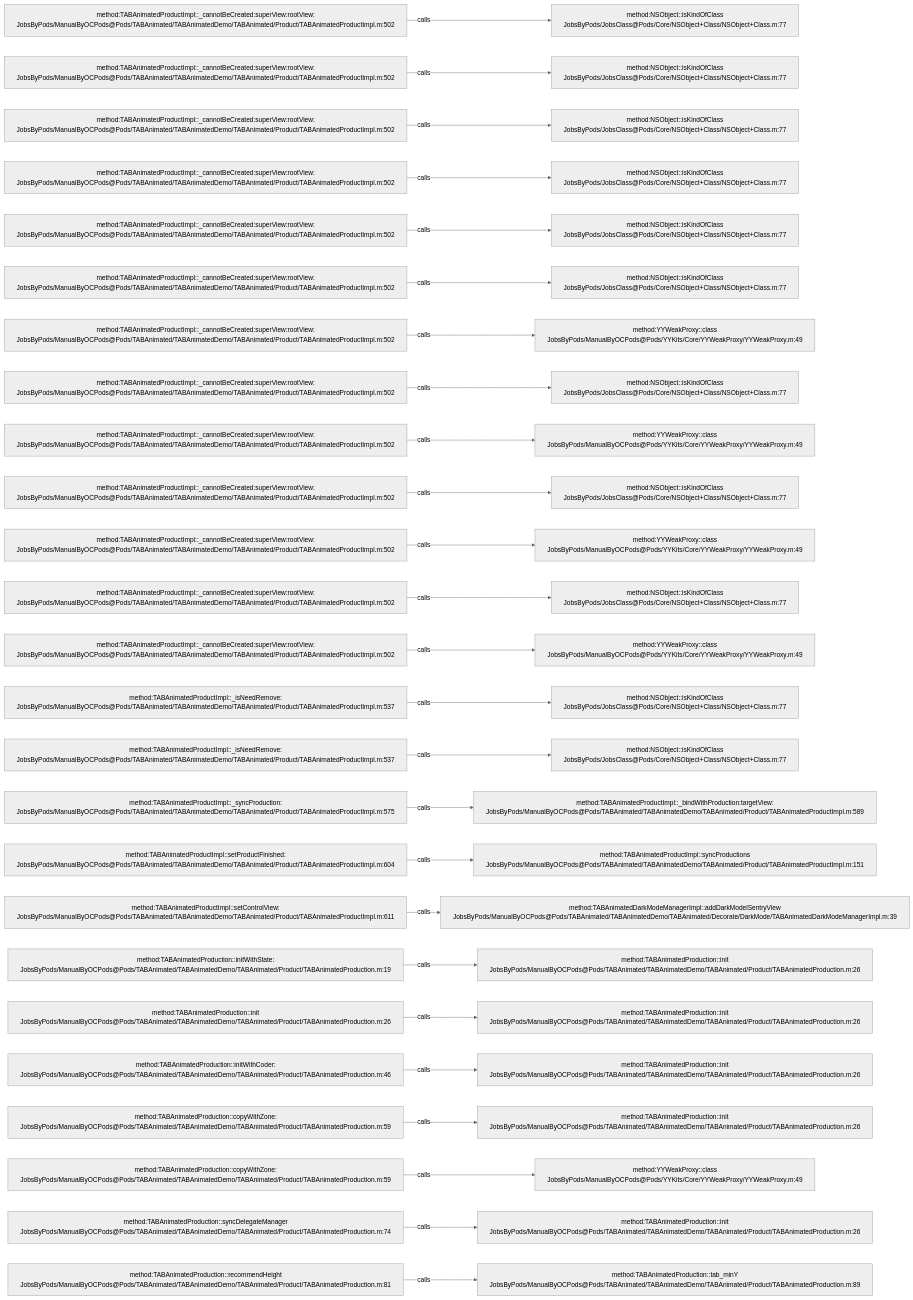
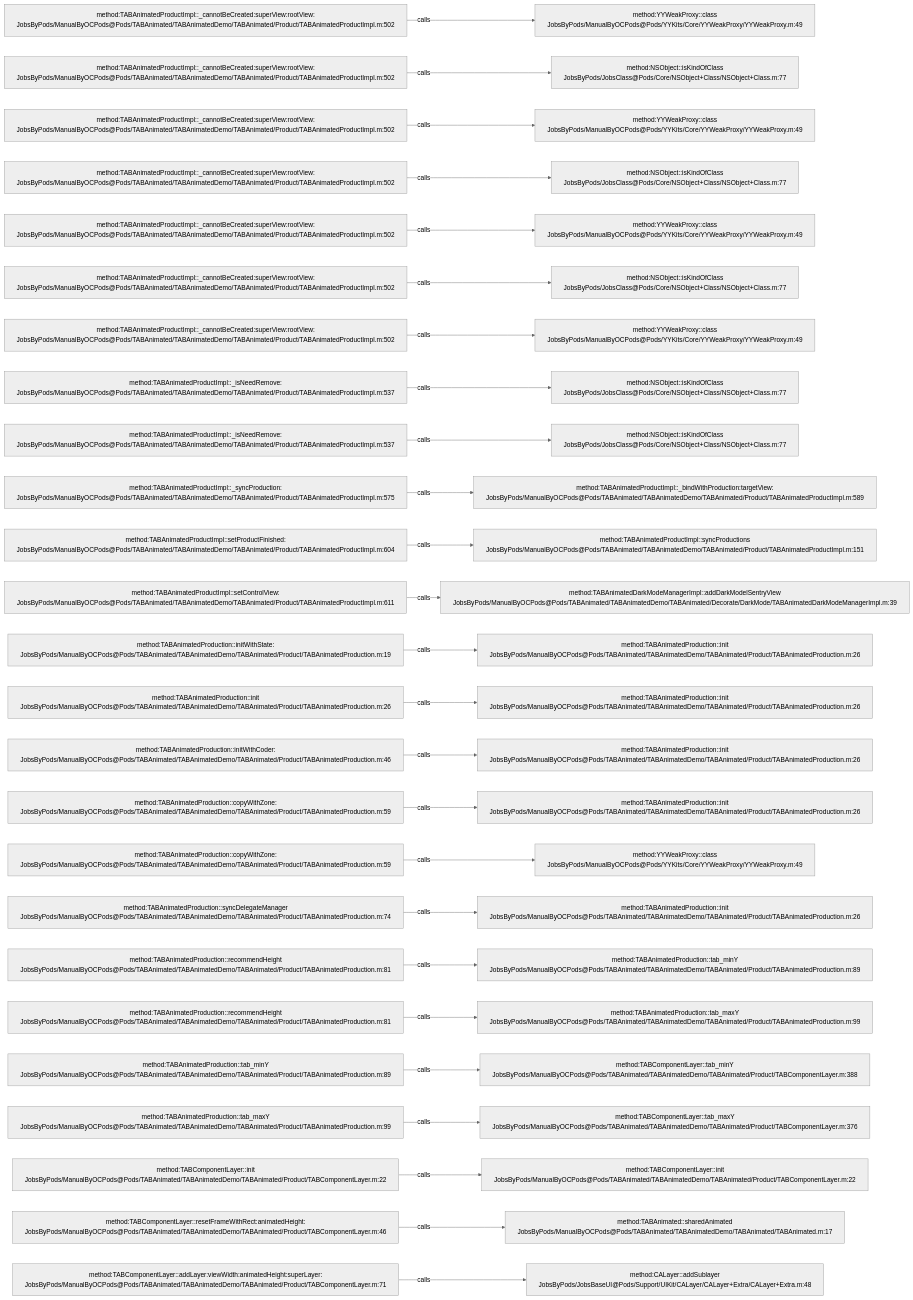
Before and after one commit to JobsKits/JobsOCBaseConfigDemo: the diagram in .codegraph/codegraph.md/graphs/calls-029.md, drawn with Mermaid (neutral theme). The commit also changed 666 other files, not shown here.

````diff
--- a/.codegraph/codegraph.md/graphs/calls-029.md
+++ b/.codegraph/codegraph.md/graphs/calls-029.md
@@ -13,78 +13,78 @@
 ```mermaid
 flowchart LR
   S1["method:TABAnimatedProductImpl::_cannotBeCreated:superView:rootView:<br/>JobsByPods/ManualByOCPods@Pods/TABAnimated/TABAnimatedDemo/TABAnimated/Product/TABAnimatedProductImpl.m:502"]
-  T1["method:NSObject::isKindOfClass<br/>JobsByPods/JobsClass@Pods/Core/NSObject+Class/NSObject+Class.m:77"]
+  T1["method:YYWeakProxy::class<br/>JobsByPods/ManualByOCPods@Pods/YYKits/Core/YYWeakProxy/YYWeakProxy.m:49"]
   S1 -->|calls| T1
   S2["method:TABAnimatedProductImpl::_cannotBeCreated:superView:rootView:<br/>JobsByPods/ManualByOCPods@Pods/TABAnimated/TABAnimatedDemo/TABAnimated/Product/TABAnimatedProductImpl.m:502"]
   T2["method:NSObject::isKindOfClass<br/>JobsByPods/JobsClass@Pods/Core/NSObject+Class/NSObject+Class.m:77"]
   S2 -->|calls| T2
   S3["method:TABAnimatedProductImpl::_cannotBeCreated:superView:rootView:<br/>JobsByPods/ManualByOCPods@Pods/TABAnimated/TABAnimatedDemo/TABAnimated/Product/TABAnimatedProductImpl.m:502"]
-  T3["method:NSObject::isKindOfClass<br/>JobsByPods/JobsClass@Pods/Core/NSObject+Class/NSObject+Class.m:77"]
+  T3["method:YYWeakProxy::class<br/>JobsByPods/ManualByOCPods@Pods/YYKits/Core/YYWeakProxy/YYWeakProxy.m:49"]
   S3 -->|calls| T3
   S4["method:TABAnimatedProductImpl::_cannotBeCreated:superView:rootView:<br/>JobsByPods/ManualByOCPods@Pods/TABAnimated/TABAnimatedDemo/TABAnimated/Product/TABAnimatedProductImpl.m:502"]
   T4["method:NSObject::isKindOfClass<br/>JobsByPods/JobsClass@Pods/Core/NSObject+Class/NSObject+Class.m:77"]
   S4 -->|calls| T4
   S5["method:TABAnimatedProductImpl::_cannotBeCreated:superView:rootView:<br/>JobsByPods/ManualByOCPods@Pods/TABAnimated/TABAnimatedDemo/TABAnimated/Product/TABAnimatedProductImpl.m:502"]
-  T5["method:NSObject::isKindOfClass<br/>JobsByPods/JobsClass@Pods/Core/NSObject+Class/NSObject+Class.m:77"]
+  T5["method:YYWeakProxy::class<br/>JobsByPods/ManualByOCPods@Pods/YYKits/Core/YYWeakProxy/YYWeakProxy.m:49"]
   S5 -->|calls| T5
   S6["method:TABAnimatedProductImpl::_cannotBeCreated:superView:rootView:<br/>JobsByPods/ManualByOCPods@Pods/TABAnimated/TABAnimatedDemo/TABAnimated/Product/TABAnimatedProductImpl.m:502"]
   T6["method:NSObject::isKindOfClass<br/>JobsByPods/JobsClass@Pods/Core/NSObject+Class/NSObject+Class.m:77"]
   S6 -->|calls| T6
   S7["method:TABAnimatedProductImpl::_cannotBeCreated:superView:rootView:<br/>JobsByPods/ManualByOCPods@Pods/TABAnimated/TABAnimatedDemo/TABAnimated/Product/TABAnimatedProductImpl.m:502"]
   T7["method:YYWeakProxy::class<br/>JobsByPods/ManualByOCPods@Pods/YYKits/Core/YYWeakProxy/YYWeakProxy.m:49"]
   S7 -->|calls| T7
-  S8["method:TABAnimatedProductImpl::_cannotBeCreated:superView:rootView:<br/>JobsByPods/ManualByOCPods@Pods/TABAnimated/TABAnimatedDemo/TABAnimated/Product/TABAnimatedProductImpl.m:502"]
+  S8["method:TABAnimatedProductImpl::_isNeedRemove:<br/>JobsByPods/ManualByOCPods@Pods/TABAnimated/TABAnimatedDemo/TABAnimated/Product/TABAnimatedProductImpl.m:537"]
   T8["method:NSObject::isKindOfClass<br/>JobsByPods/JobsClass@Pods/Core/NSObject+Class/NSObject+Class.m:77"]
   S8 -->|calls| T8
-  S9["method:TABAnimatedProductImpl::_cannotBeCreated:superView:rootView:<br/>JobsByPods/ManualByOCPods@Pods/TABAnimated/TABAnimatedDemo/TABAnimated/Product/TABAnimatedProductImpl.m:502"]
-  T9["method:YYWeakProxy::class<br/>JobsByPods/ManualByOCPods@Pods/YYKits/Core/YYWeakProxy/YYWeakProxy.m:49"]
+  S9["method:TABAnimatedProductImpl::_isNeedRemove:<br/>JobsByPods/ManualByOCPods@Pods/TABAnimated/TABAnimatedDemo/TABAnimated/Product/TABAnimatedProductImpl.m:537"]
+  T9["method:NSObject::isKindOfClass<br/>JobsByPods/JobsClass@Pods/Core/NSObject+Class/NSObject+Class.m:77"]
   S9 -->|calls| T9
-  S10["method:TABAnimatedProductImpl::_cannotBeCreated:superView:rootView:<br/>JobsByPods/ManualByOCPods@Pods/TABAnimated/TABAnimatedDemo/TABAnimated/Product/TABAnimatedProductImpl.m:502"]
-  T10["method:NSObject::isKindOfClass<br/>JobsByPods/JobsClass@Pods/Core/NSObject+Class/NSObject+Class.m:77"]
+  S10["method:TABAnimatedProductImpl::_syncProduction:<br/>JobsByPods/ManualByOCPods@Pods/TABAnimated/TABAnimatedDemo/TABAnimated/Product/TABAnimatedProductImpl.m:575"]
+  T10["method:TABAnimatedProductImpl::_bindWithProduction:targetView:<br/>JobsByPods/ManualByOCPods@Pods/TABAnimated/TABAnimatedDemo/TABAnimated/Product/TABAnimatedProductImpl.m:589"]
   S10 -->|calls| T10
-  S11["method:TABAnimatedProductImpl::_cannotBeCreated:superView:rootView:<br/>JobsByPods/ManualByOCPods@Pods/TABAnimated/TABAnimatedDemo/TABAnimated/Product/TABAnimatedProductImpl.m:502"]
-  T11["method:YYWeakProxy::class<br/>JobsByPods/ManualByOCPods@Pods/YYKits/Core/YYWeakProxy/YYWeakProxy.m:49"]
+  S11["method:TABAnimatedProductImpl::setProductFinished:<br/>JobsByPods/ManualByOCPods@Pods/TABAnimated/TABAnimatedDemo/TABAnimated/Product/TABAnimatedProductImpl.m:604"]
+  T11["method:TABAnimatedProductImpl::syncProductions<br/>JobsByPods/ManualByOCPods@Pods/TABAnimated/TABAnimatedDemo/TABAnimated/Product/TABAnimatedProductImpl.m:151"]
   S11 -->|calls| T11
-  S12["method:TABAnimatedProductImpl::_cannotBeCreated:superView:rootView:<br/>JobsByPods/ManualByOCPods@Pods/TABAnimated/TABAnimatedDemo/TABAnimated/Product/TABAnimatedProductImpl.m:502"]
-  T12["method:NSObject::isKindOfClass<br/>JobsByPods/JobsClass@Pods/Core/NSObject+Class/NSObject+Class.m:77"]
+  S12["method:TABAnimatedProductImpl::setControlView:<br/>JobsByPods/ManualByOCPods@Pods/TABAnimated/TABAnimatedDemo/TABAnimated/Product/TABAnimatedProductImpl.m:611"]
+  T12["method:TABAnimatedDarkModeManagerImpl::addDarkModelSentryView<br/>JobsByPods/ManualByOCPods@Pods/TABAnimated/TABAnimatedDemo/TABAnimated/Decorate/DarkMode/TABAnimatedDarkModeManagerImpl.m:39"]
   S12 -->|calls| T12
-  S13["method:TABAnimatedProductImpl::_cannotBeCreated:superView:rootView:<br/>JobsByPods/ManualByOCPods@Pods/TABAnimated/TABAnimatedDemo/TABAnimated/Product/TABAnimatedProductImpl.m:502"]
-  T13["method:YYWeakProxy::class<br/>JobsByPods/ManualByOCPods@Pods/YYKits/Core/YYWeakProxy/YYWeakProxy.m:49"]
+  S13["method:TABAnimatedProduction::initWithState:<br/>JobsByPods/ManualByOCPods@Pods/TABAnimated/TABAnimatedDemo/TABAnimated/Product/TABAnimatedProduction.m:19"]
+  T13["method:TABAnimatedProduction::init<br/>JobsByPods/ManualByOCPods@Pods/TABAnimated/TABAnimatedDemo/TABAnimated/Product/TABAnimatedProduction.m:26"]
   S13 -->|calls| T13
-  S14["method:TABAnimatedProductImpl::_isNeedRemove:<br/>JobsByPods/ManualByOCPods@Pods/TABAnimated/TABAnimatedDemo/TABAnimated/Product/TABAnimatedProductImpl.m:537"]
-  T14["method:NSObject::isKindOfClass<br/>JobsByPods/JobsClass@Pods/Core/NSObject+Class/NSObject+Class.m:77"]
+  S14["method:TABAnimatedProduction::init<br/>JobsByPods/ManualByOCPods@Pods/TABAnimated/TABAnimatedDemo/TABAnimated/Product/TABAnimatedProduction.m:26"]
+  T14["method:TABAnimatedProduction::init<br/>JobsByPods/ManualByOCPods@Pods/TABAnimated/TABAnimatedDemo/TABAnimated/Product/TABAnimatedProduction.m:26"]
   S14 -->|calls| T14
-  S15["method:TABAnimatedProductImpl::_isNeedRemove:<br/>JobsByPods/ManualByOCPods@Pods/TABAnimated/TABAnimatedDemo/TABAnimated/Product/TABAnimatedProductImpl.m:537"]
-  T15["method:NSObject::isKindOfClass<br/>JobsByPods/JobsClass@Pods/Core/NSObject+Class/NSObject+Class.m:77"]
+  S15["method:TABAnimatedProduction::initWithCoder:<br/>JobsByPods/ManualByOCPods@Pods/TABAnimated/TABAnimatedDemo/TABAnimated/Product/TABAnimatedProduction.m:46"]
+  T15["method:TABAnimatedProduction::init<br/>JobsByPods/ManualByOCPods@Pods/TABAnimated/TABAnimatedDemo/TABAnimated/Product/TABAnimatedProduction.m:26"]
   S15 -->|calls| T15
-  S16["method:TABAnimatedProductImpl::_syncProduction:<br/>JobsByPods/ManualByOCPods@Pods/TABAnimated/TABAnimatedDemo/TABAnimated/Product/TABAnimatedProductImpl.m:575"]
-  T16["method:TABAnimatedProductImpl::_bindWithProduction:targetView:<br/>JobsByPods/ManualByOCPods@Pods/TABAnimated/TABAnimatedDemo/TABAnimated/Product/TABAnimatedProductImpl.m:589"]
+  S16["method:TABAnimatedProduction::copyWithZone:<br/>JobsByPods/ManualByOCPods@Pods/TABAnimated/TABAnimatedDemo/TABAnimated/Product/TABAnimatedProduction.m:59"]
+  T16["method:TABAnimatedProduction::init<br/>JobsByPods/ManualByOCPods@Pods/TABAnimated/TABAnimatedDemo/TABAnimated/Product/TABAnimatedProduction.m:26"]
   S16 -->|calls| T16
-  S17["method:TABAnimatedProductImpl::setProductFinished:<br/>JobsByPods/ManualByOCPods@Pods/TABAnimated/TABAnimatedDemo/TABAnimated/Product/TABAnimatedProductImpl.m:604"]
-  T17["method:TABAnimatedProductImpl::syncProductions<br/>JobsByPods/ManualByOCPods@Pods/TABAnimated/TABAnimatedDemo/TABAnimated/Product/TABAnimatedProductImpl.m:151"]
+  S17["method:TABAnimatedProduction::copyWithZone:<br/>JobsByPods/ManualByOCPods@Pods/TABAnimated/TABAnimatedDemo/TABAnimated/Product/TABAnimatedProduction.m:59"]
+  T17["method:YYWeakProxy::class<br/>JobsByPods/ManualByOCPods@Pods/YYKits/Core/YYWeakProxy/YYWeakProxy.m:49"]
   S17 -->|calls| T17
-  S18["method:TABAnimatedProductImpl::setControlView:<br/>JobsByPods/ManualByOCPods@Pods/TABAnimated/TABAnimatedDemo/TABAnimated/Product/TABAnimatedProductImpl.m:611"]
-  T18["method:TABAnimatedDarkModeManagerImpl::addDarkModelSentryView<br/>JobsByPods/ManualByOCPods@Pods/TABAnimated/TABAnimatedDemo/TABAnimated/Decorate/DarkMode/TABAnimatedDarkModeManagerImpl.m:39"]
+  S18["method:TABAnimatedProduction::syncDelegateManager<br/>JobsByPods/ManualByOCPods@Pods/TABAnimated/TABAnimatedDemo/TABAnimated/Product/TABAnimatedProduction.m:74"]
+  T18["method:TABAnimatedProduction::init<br/>JobsByPods/ManualByOCPods@Pods/TABAnimated/TABAnimatedDemo/TABAnimated/Product/TABAnimatedProduction.m:26"]
   S18 -->|calls| T18
-  S19["method:TABAnimatedProduction::initWithState:<br/>JobsByPods/ManualByOCPods@Pods/TABAnimated/TABAnimatedDemo/TABAnimated/Product/TABAnimatedProduction.m:19"]
-  T19["method:TABAnimatedProduction::init<br/>JobsByPods/ManualByOCPods@Pods/TABAnimated/TABAnimatedDemo/TABAnimated/Product/TABAnimatedProduction.m:26"]
+  S19["method:TABAnimatedProduction::recommendHeight<br/>JobsByPods/ManualByOCPods@Pods/TABAnimated/TABAnimatedDemo/TABAnimated/Product/TABAnimatedProduction.m:81"]
+  T19["method:TABAnimatedProduction::tab_minY<br/>JobsByPods/ManualByOCPods@Pods/TABAnimated/TABAnimatedDemo/TABAnimated/Product/TABAnimatedProduction.m:89"]
   S19 -->|calls| T19
-  S20["method:TABAnimatedProduction::init<br/>JobsByPods/ManualByOCPods@Pods/TABAnimated/TABAnimatedDemo/TABAnimated/Product/TABAnimatedProduction.m:26"]
-  T20["method:TABAnimatedProduction::init<br/>JobsByPods/ManualByOCPods@Pods/TABAnimated/TABAnimatedDemo/TABAnimated/Product/TABAnimatedProduction.m:26"]
+  S20["method:TABAnimatedProduction::recommendHeight<br/>JobsByPods/ManualByOCPods@Pods/TABAnimated/TABAnimatedDemo/TABAnimated/Product/TABAnimatedProduction.m:81"]
+  T20["method:TABAnimatedProduction::tab_maxY<br/>JobsByPods/ManualByOCPods@Pods/TABAnimated/TABAnimatedDemo/TABAnimated/Product/TABAnimatedProduction.m:99"]
   S20 -->|calls| T20
-  S21["method:TABAnimatedProduction::initWithCoder:<br/>JobsByPods/ManualByOCPods@Pods/TABAnimated/TABAnimatedDemo/TABAnimated/Product/TABAnimatedProduction.m:46"]
-  T21["method:TABAnimatedProduction::init<br/>JobsByPods/ManualByOCPods@Pods/TABAnimated/TABAnimatedDemo/TABAnimated/Product/TABAnimatedProduction.m:26"]
+  S21["method:TABAnimatedProduction::tab_minY<br/>JobsByPods/ManualByOCPods@Pods/TABAnimated/TABAnimatedDemo/TABAnimated/Product/TABAnimatedProduction.m:89"]
+  T21["method:TABComponentLayer::tab_minY<br/>JobsByPods/ManualByOCPods@Pods/TABAnimated/TABAnimatedDemo/TABAnimated/Product/TABComponentLayer.m:388"]
   S21 -->|calls| T21
-  S22["method:TABAnimatedProduction::copyWithZone:<br/>JobsByPods/ManualByOCPods@Pods/TABAnimated/TABAnimatedDemo/TABAnimated/Product/TABAnimatedProduction.m:59"]
-  T22["method:TABAnimatedProduction::init<br/>JobsByPods/ManualByOCPods@Pods/TABAnimated/TABAnimatedDemo/TABAnimated/Product/TABAnimatedProduction.m:26"]
+  S22["method:TABAnimatedProduction::tab_maxY<br/>JobsByPods/ManualByOCPods@Pods/TABAnimated/TABAnimatedDemo/TABAnimated/Product/TABAnimatedProduction.m:99"]
+  T22["method:TABComponentLayer::tab_maxY<br/>JobsByPods/ManualByOCPods@Pods/TABAnimated/TABAnimatedDemo/TABAnimated/Product/TABComponentLayer.m:376"]
   S22 -->|calls| T22
-  S23["method:TABAnimatedProduction::copyWithZone:<br/>JobsByPods/ManualByOCPods@Pods/TABAnimated/TABAnimatedDemo/TABAnimated/Product/TABAnimatedProduction.m:59"]
-  T23["method:YYWeakProxy::class<br/>JobsByPods/ManualByOCPods@Pods/YYKits/Core/YYWeakProxy/YYWeakProxy.m:49"]
+  S23["method:TABComponentLayer::init<br/>JobsByPods/ManualByOCPods@Pods/TABAnimated/TABAnimatedDemo/TABAnimated/Product/TABComponentLayer.m:22"]
+  T23["method:TABComponentLayer::init<br/>JobsByPods/ManualByOCPods@Pods/TABAnimated/TABAnimatedDemo/TABAnimated/Product/TABComponentLayer.m:22"]
   S23 -->|calls| T23
-  S24["method:TABAnimatedProduction::syncDelegateManager<br/>JobsByPods/ManualByOCPods@Pods/TABAnimated/TABAnimatedDemo/TABAnimated/Product/TABAnimatedProduction.m:74"]
-  T24["method:TABAnimatedProduction::init<br/>JobsByPods/ManualByOCPods@Pods/TABAnimated/TABAnimatedDemo/TABAnimated/Product/TABAnimatedProduction.m:26"]
+  S24["method:TABComponentLayer::resetFrameWithRect:animatedHeight:<br/>JobsByPods/ManualByOCPods@Pods/TABAnimated/TABAnimatedDemo/TABAnimated/Product/TABComponentLayer.m:46"]
+  T24["method:TABAnimated::sharedAnimated<br/>JobsByPods/ManualByOCPods@Pods/TABAnimated/TABAnimatedDemo/TABAnimated/TABAnimated.m:17"]
   S24 -->|calls| T24
-  S25["method:TABAnimatedProduction::recommendHeight<br/>JobsByPods/ManualByOCPods@Pods/TABAnimated/TABAnimatedDemo/TABAnimated/Product/TABAnimatedProduction.m:81"]
-  T25["method:TABAnimatedProduction::tab_minY<br/>JobsByPods/ManualByOCPods@Pods/TABAnimated/TABAnimatedDemo/TABAnimated/Product/TABAnimatedProduction.m:89"]
+  S25["method:TABComponentLayer::addLayer:viewWidth:animatedHeight:superLayer:<br/>JobsByPods/ManualByOCPods@Pods/TABAnimated/TABAnimatedDemo/TABAnimated/Product/TABComponentLayer.m:71"]
+  T25["method:CALayer::addSublayer<br/>JobsByPods/JobsBaseUI@Pods/Support/UIKit/CALayer/CALayer+Extra/CALayer+Extra.m:48"]
   S25 -->|calls| T25
 ```
````
